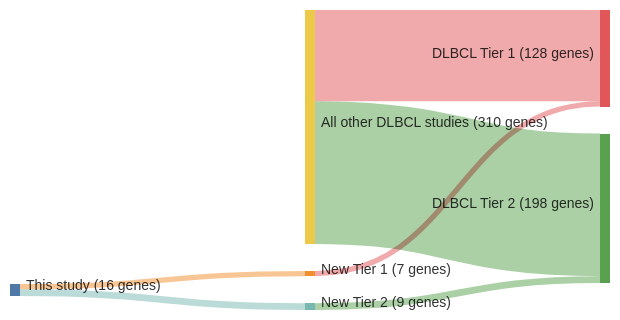
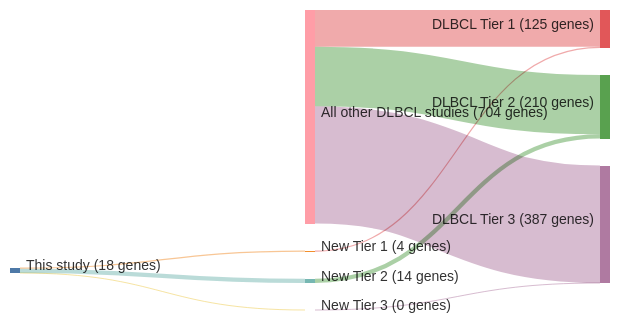
Before and after one commit to morinlab/lymphopedia: the diagram in papers/schmitzGeneticsPathogenesisDiffuse2018.md, drawn with Mermaid. The commit also changed other lines of this file and 81 other files, not shown here.

````diff
--- a/papers/schmitzGeneticsPathogenesisDiffuse2018.md
+++ b/papers/schmitzGeneticsPathogenesisDiffuse2018.md
@@ -12,20 +12,23 @@
 ```mermaid
 ---
 config:
     sankey:
         showValues: true
         linkColor: target
         width: 600
         height: 300
         nodeAlignment: right
         prefix: '('
         suffix: ' genes)'
 ---
 sankey-beta
-This study, New Tier 1, 7
-New Tier 1, DLBCL Tier 1, 7
-This study, New Tier 2, 9
-New Tier 2, DLBCL Tier 2, 9
+This study, New Tier 1, 4
+New Tier 1, DLBCL Tier 1, 4
+This study, New Tier 2, 14
+New Tier 2, DLBCL Tier 2, 14
+This study, New Tier 3, 0
+New Tier 3, DLBCL Tier 3, 0
 All other DLBCL studies, DLBCL Tier 1, 121
-All other DLBCL studies, DLBCL Tier 2, 189
+All other DLBCL studies, DLBCL Tier 2, 196
+All other DLBCL studies, DLBCL Tier 3, 387
 ```
````
